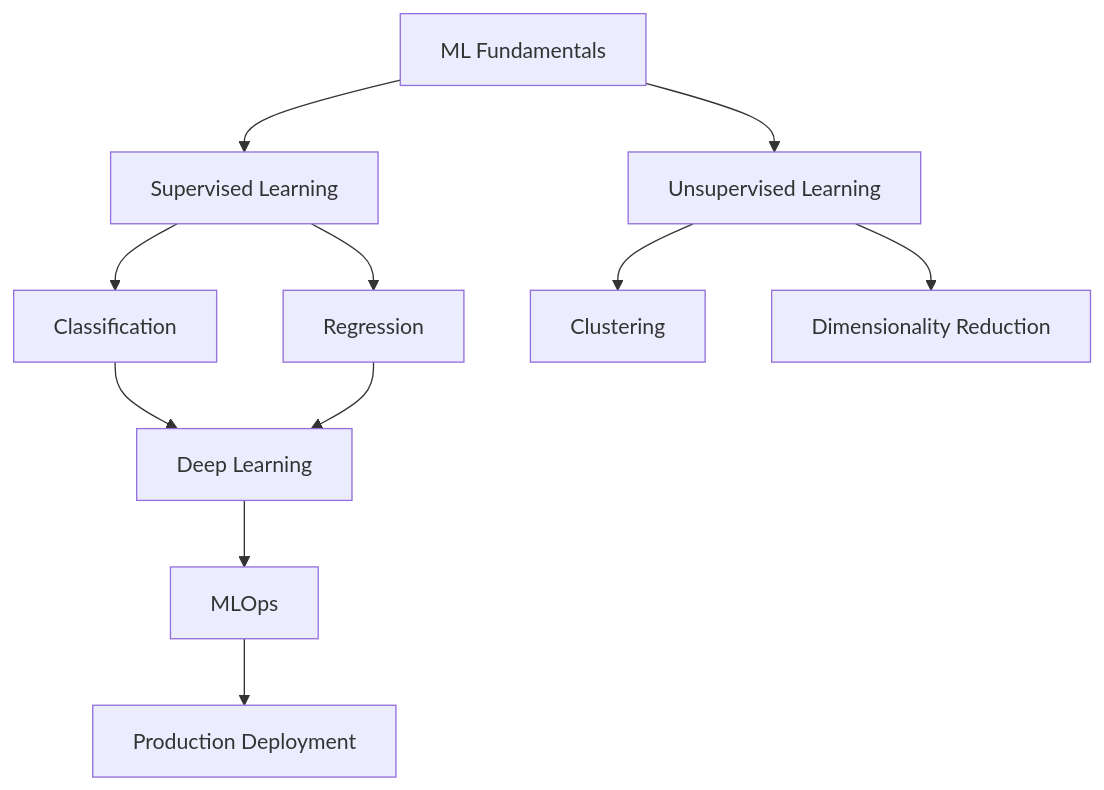
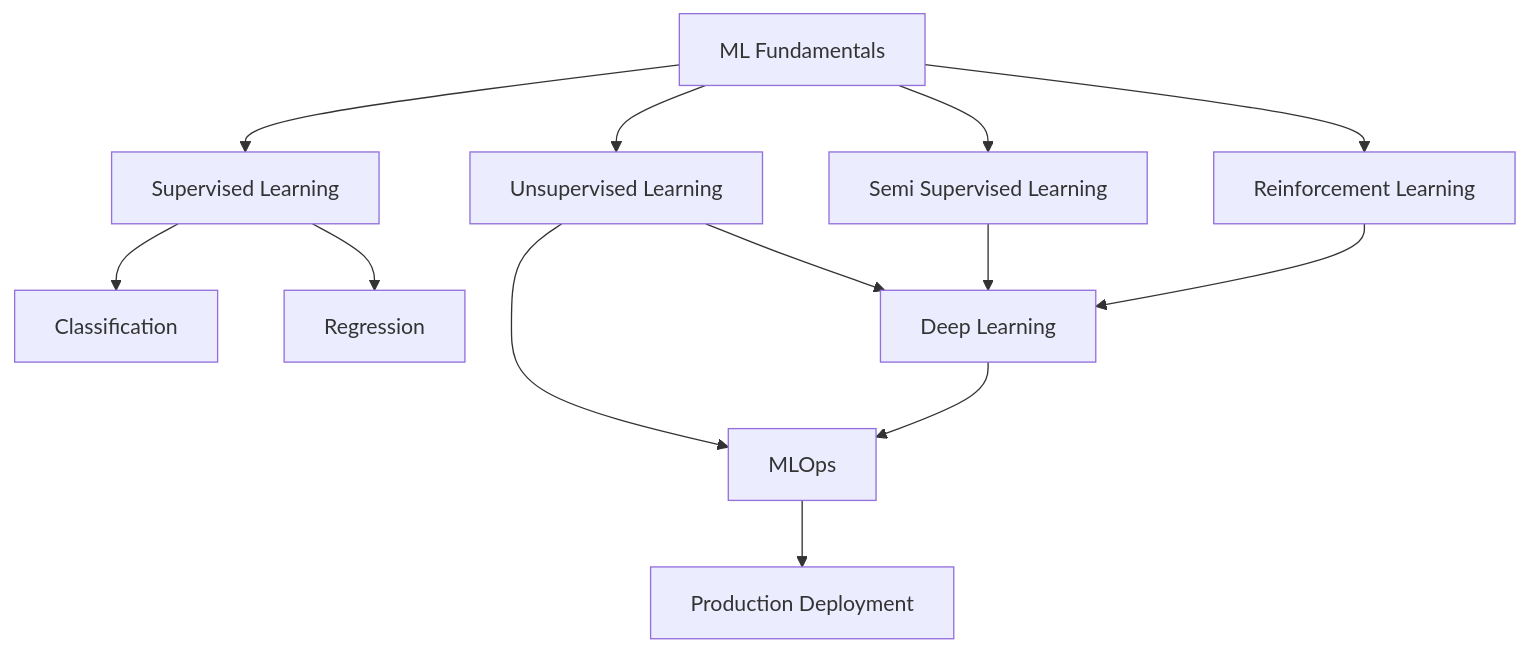
Before and after one commit to nvgr-GenAI/my-learning: the diagram in docs/ml/index.md, drawn with Mermaid. The commit also changed 35 other files, not shown here.

````diff
--- a/docs/ml/index.md
+++ b/docs/ml/index.md
@@ -7,13 +7,15 @@
 ```mermaid
 graph TB
     A[ML Fundamentals] --> B[Supervised Learning]
     A --> C[Unsupervised Learning]
-    B --> D[Classification]
-    B --> E[Regression]
-    C --> F[Clustering]
-    C --> G[Dimensionality Reduction]
+    A --> D[Semi Supervised Learning]
+    A --> E[Reinforcement Learning]
+    B --> F[Classification]
+    B --> G[Regression]
+    C --> H[Clustering]
+    C --> I[Dimensionality Reduction]
     D --> H[Deep Learning]
     E --> H
     H --> I[MLOps]
     I --> J[Production Deployment]
 ```
````
